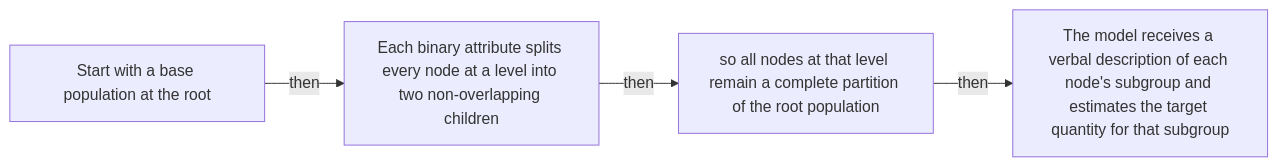
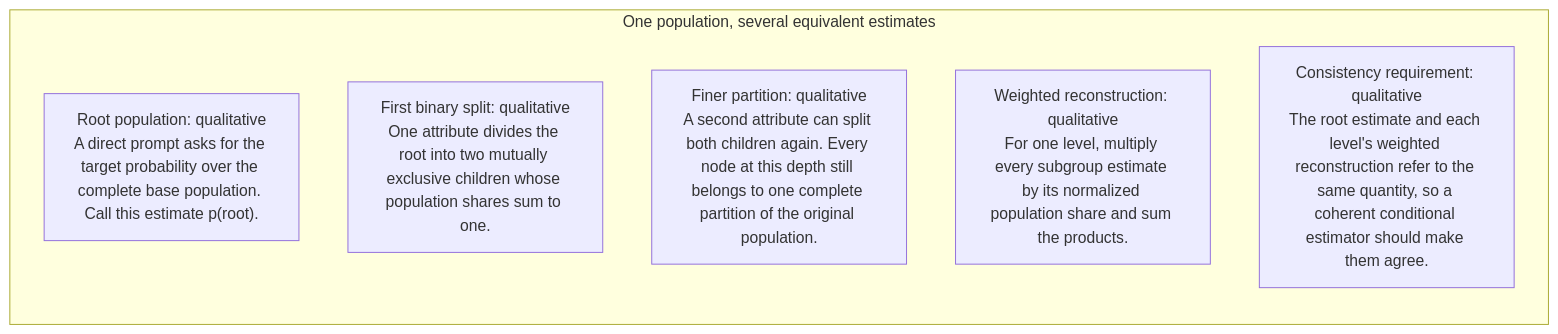
Diagram 15 of 48 in docs/visual-manifests/VISUAL_MANIFEST_PARTITION_PROMPT_AGGREGATE.md (Betancourt1/paper_atlas), drawn with Mermaid before and after one commit. The commit also changed other lines of this file and 7 other files, not shown here.

````diff
--- a/docs/visual-manifests/VISUAL_MANIFEST_PARTITION_PROMPT_AGGREGATE.md
+++ b/docs/visual-manifests/VISUAL_MANIFEST_PARTITION_PROMPT_AGGREGATE.md
@@ -1009,10 +1213,10 @@
 ```mermaid
 flowchart LR
-  n1["Start with a base population at the root"]
-  n2["Each binary attribute splits every node at a level into two non-overlapping children"]
-  n3["so all nodes at that level remain a complete partition of the root population"]
-  n4["The model receives a verbal description of each node's subgroup and estimates the target quantity for that subgroup"]
-  n1 -->|"then"| n2
-  n2 -->|"then"| n3
-  n3 -->|"then"| n4
+  subgraph p1["One population, several equivalent estimates"]
+    p1r1["Root population: qualitative<br/>A direct prompt asks for the target probability over the complete base population. Call this estimate p(root)."]
+    p1r2["First binary split: qualitative<br/>One attribute divides the root into two mutually exclusive children whose population shares sum to one."]
+    p1r3["Finer partition: qualitative<br/>A second attribute can split both children again. Every node at this depth still belongs to one complete partition of the original population."]
+    p1r4["Weighted reconstruction: qualitative<br/>For one level, multiply every subgroup estimate by its normalized population share and sum the products."]
+    p1r5["Consistency requirement: qualitative<br/>The root estimate and each level's weighted reconstruction refer to the same quantity, so a coherent conditional estimator should make them agree."]
+  end
 ```
````
